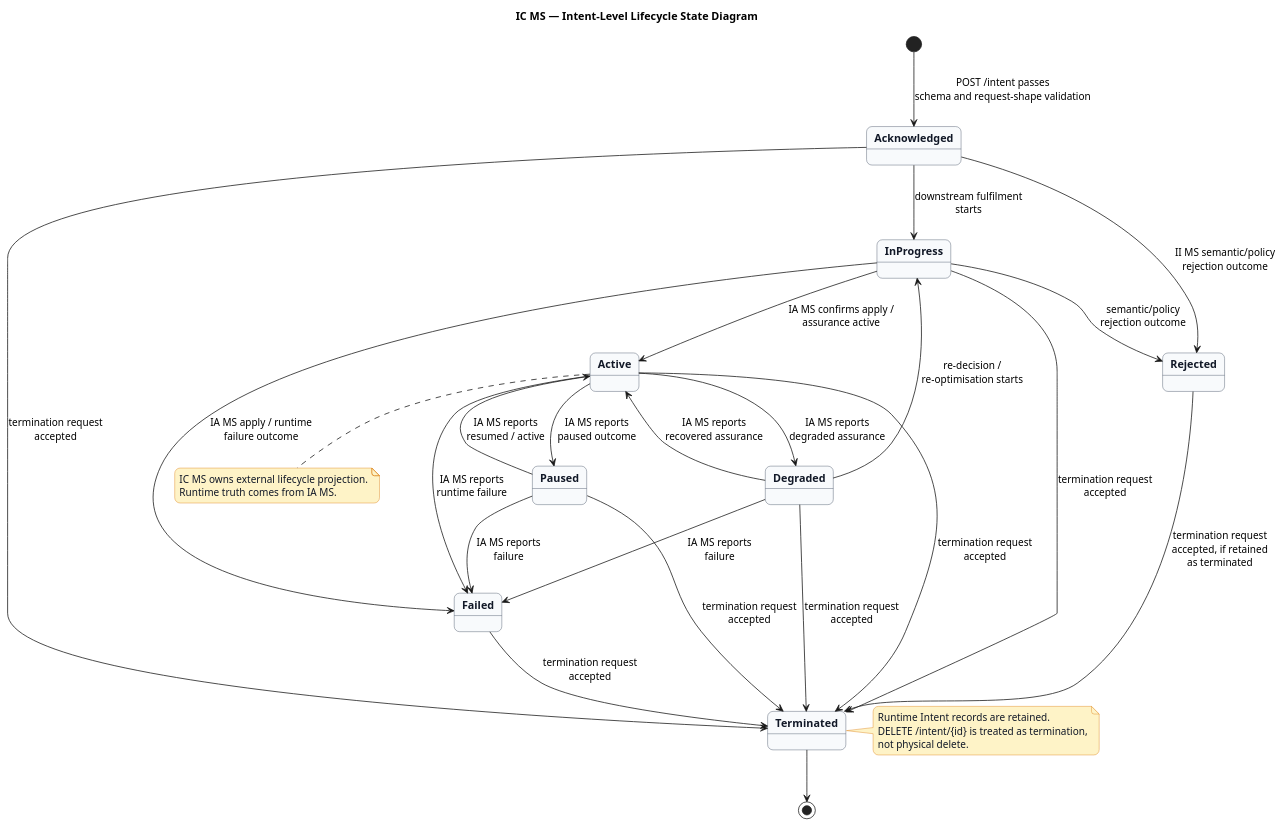
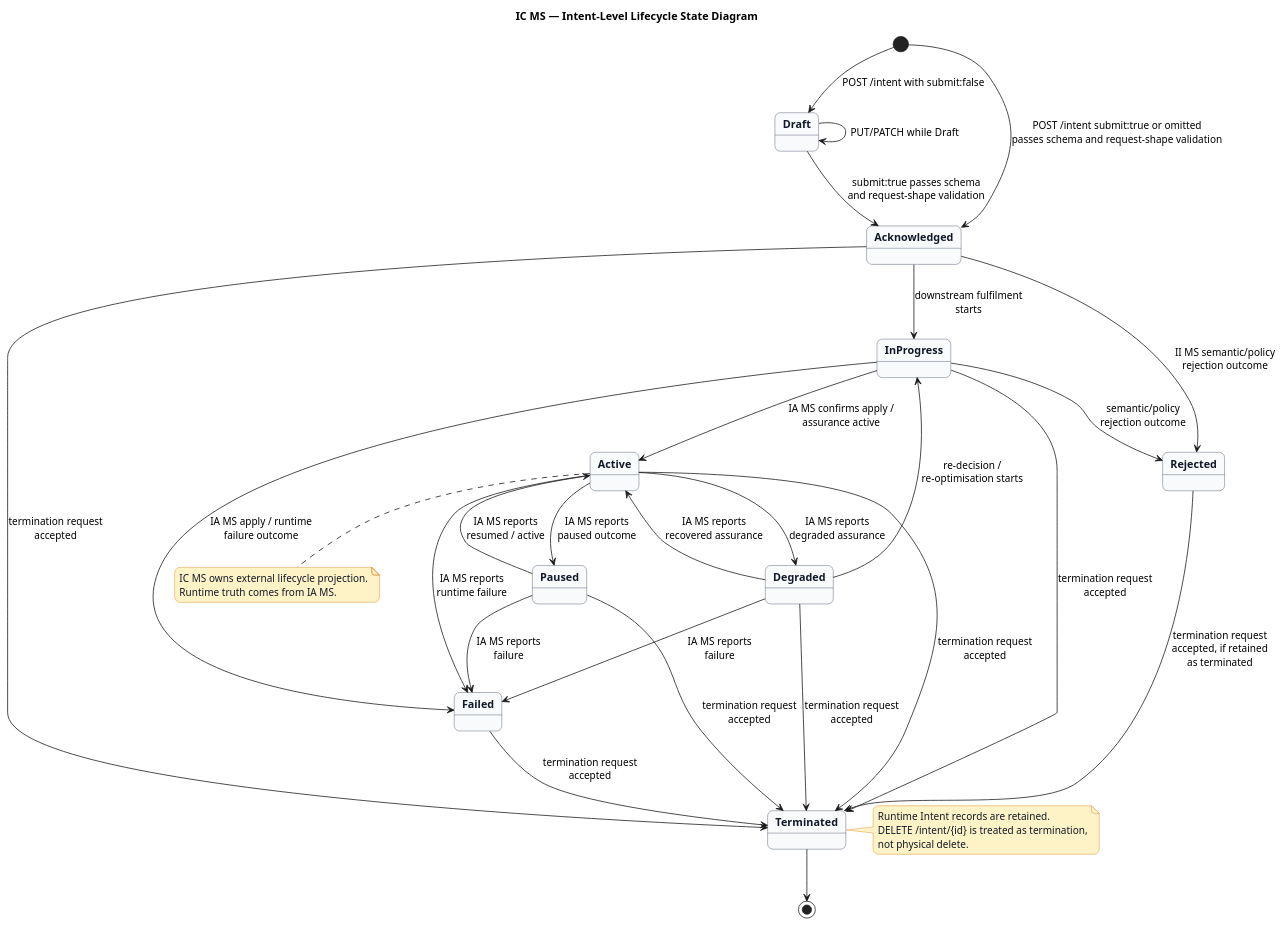
One commit to prageethw/im changed the first of 2 diagrams in baseline/intent/ic-ms/ic_ms_design_brief.md. Above: the diagram before and after it, drawn with PlantUML. The commit also changed other lines of this file and 3 other files, not shown here.

````diff
--- a/baseline/intent/ic-ms/ic_ms_design_brief.md
+++ b/baseline/intent/ic-ms/ic_ms_design_brief.md
@@ -713,54 +714,57 @@
 ```plantuml
 @startuml
 title IC MS — Intent-Level Lifecycle State Diagram
 
 skinparam backgroundColor #FFFFFF
 skinparam shadowing false
 skinparam roundcorner 14
 skinparam state {
   BackgroundColor #F8FAFC
   BorderColor #334155
   FontColor #111827
   FontStyle bold
 }
 skinparam note {
   BackgroundColor #FEF3C7
   BorderColor #D97706
   FontColor #111827
 }
 
-[*] --> Acknowledged : POST /intent passes\nschema and request-shape validation
+[*] --> Draft : POST /intent with submit:false
+Draft --> Draft : PUT/PATCH while Draft
+Draft --> Acknowledged : submit:true passes schema\nand request-shape validation
+[*] --> Acknowledged : POST /intent submit:true or omitted\npasses schema and request-shape validation
 Acknowledged --> Rejected : II MS semantic/policy\nrejection outcome
 Acknowledged --> InProgress : downstream fulfilment\nstarts
 InProgress --> Rejected : semantic/policy\nrejection outcome
 InProgress --> Active : IA MS confirms apply /\nassurance active
 InProgress --> Failed : IA MS apply / runtime\nfailure outcome
 Active --> Degraded : IA MS reports\ndegraded assurance
 Degraded --> Active : IA MS reports\nrecovered assurance
 Degraded --> InProgress : re-decision /\nre-optimisation starts
 Active --> Paused : IA MS reports\npaused outcome
 Paused --> Active : IA MS reports\nresumed / active
 Paused --> Failed : IA MS reports\nfailure
 Active --> Failed : IA MS reports\nruntime failure
 Degraded --> Failed : IA MS reports\nfailure
 Acknowledged --> Terminated : termination request\naccepted
 InProgress --> Terminated : termination request\naccepted
 Active --> Terminated : termination request\naccepted
 Degraded --> Terminated : termination request\naccepted
 Paused --> Terminated : termination request\naccepted
 Failed --> Terminated : termination request\naccepted
 Rejected --> Terminated : termination request\naccepted, if retained\nas terminated
 Terminated --> [*]
 
 note right of Terminated
 Runtime Intent records are retained.
 DELETE /intent/{id} is treated as termination,
 not physical delete.
 end note
 
 note bottom of Active
 IC MS owns external lifecycle projection.
 Runtime truth comes from IA MS.
 end note
 @enduml
 ```
````
